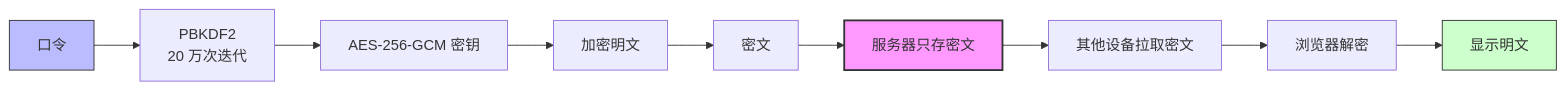
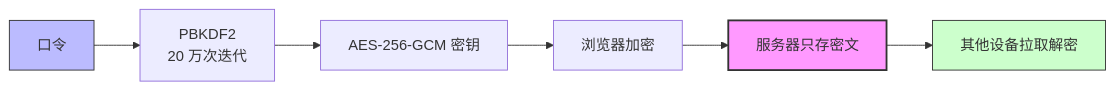
The second of 2 diagrams in README.md (zchening/NoteSync), drawn with Mermaid before and after one commit. The commit also changed other lines of this file and 8 other files, not shown here.

````diff
--- a/README.md
+++ b/README.md
@@ -223,14 +263,11 @@
 ```mermaid
 flowchart LR
     A[口令] --> B[PBKDF2<br/>20 万次迭代]
     B --> C[AES-256-GCM 密钥]
-    C --> D[加密明文]
-    D --> E[密文]
-    E --> F[服务器只存密文]
-    F --> G[其他设备拉取密文]
-    G --> H[浏览器解密]
-    H --> I[显示明文]
+    C --> D[浏览器加密]
+    D --> E[服务器只存密文]
+    E --> F[其他设备拉取解密]
     style A fill:#bbf,stroke:#333
-    style F fill:#f9f,stroke:#333,stroke-width:2px
-    style I fill:#cfc,stroke:#333
+    style E fill:#f9f,stroke:#333,stroke-width:2px
+    style F fill:#cfc,stroke:#333
 ```
````
